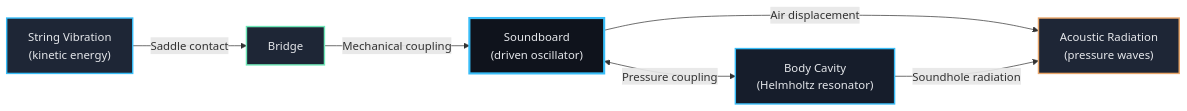
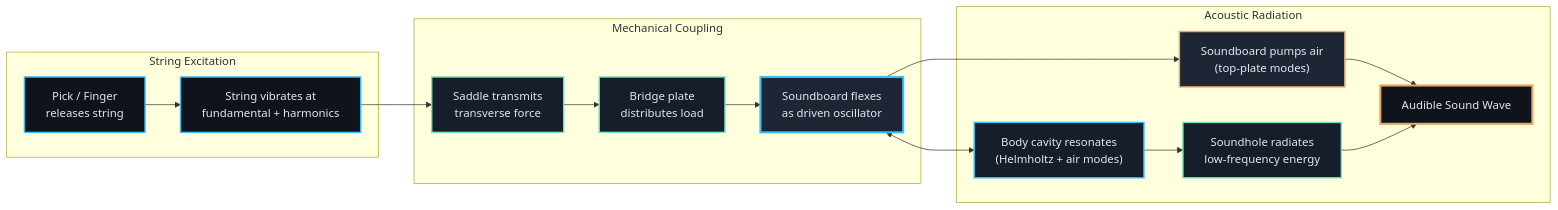
Before and after one commit to blebleblee/synapse: the first of 5 diagrams in topics/arts/music_performance/acoustic_guitar/lesson_01_guitar_anatomy.md, drawn with Mermaid. The commit also changed other lines of this file and 4 other files, not shown here.

````diff
--- a/topics/arts/music_performance/acoustic_guitar/lesson_01_guitar_anatomy.md
+++ b/topics/arts/music_performance/acoustic_guitar/lesson_01_guitar_anatomy.md
@@ -44,14 +30,35 @@
 ```mermaid
 graph LR
-    A["String Vibration<br/>(kinetic energy)"] -->|"Saddle contact"| B["Bridge"]
-    B -->|"Mechanical coupling"| C["Soundboard<br/>(driven oscillator)"]
-    C -->|"Air displacement"| D["Acoustic Radiation<br/>(pressure waves)"]
-    C <-->|"Pressure coupling"| E["Body Cavity<br/>(Helmholtz resonator)"]
-    E -->|"Soundhole radiation"| D
-    
-    style A fill:#1E2636,stroke:#38BDF8,stroke-width:2px,color:#E5E7EB
-    style B fill:#1E2636,stroke:#6EE7B7,stroke-width:2px,color:#E5E7EB
-    style C fill:#0F131C,stroke:#38BDF8,stroke-width:3px,color:#E5E7EB
-    style D fill:#1E2636,stroke:#E9A568,stroke-width:2px,color:#E5E7EB
-    style E fill:#161D2B,stroke:#38BDF8,stroke-width:2px,color:#E5E7EB
+    subgraph sub_excitation ["String Excitation"]
+        A["Pick / Finger<br/>releases string"]
+        B["String vibrates at<br/>fundamental + harmonics"]
+        A --> B
+    end
+
+    subgraph sub_coupling ["Mechanical Coupling"]
+        C["Saddle transmits<br/>transverse force"]
+        D["Bridge plate<br/>distributes load"]
+        E["Soundboard flexes<br/>as driven oscillator"]
+        B --> C --> D --> E
+    end
+
+    subgraph sub_radiation ["Acoustic Radiation"]
+        F["Soundboard pumps air<br/>(top-plate modes)"]
+        G["Body cavity resonates<br/>(Helmholtz + air modes)"]
+        H["Soundhole radiates<br/>low-frequency energy"]
+        I["Audible Sound Wave"]
+        E --> F --> I
+        E <--> G
+        G --> H --> I
+    end
+
+    style A fill:#0F131C,stroke:#38BDF8,stroke-width:2px,color:#E5E7EB
+    style B fill:#0F131C,stroke:#38BDF8,stroke-width:2px,color:#E5E7EB
+    style C fill:#161D2B,stroke:#6EE7B7,stroke-width:2px,color:#E5E7EB
+    style D fill:#161D2B,stroke:#6EE7B7,stroke-width:2px,color:#E5E7EB
+    style E fill:#1E2636,stroke:#38BDF8,stroke-width:3px,color:#E5E7EB
+    style F fill:#1E2636,stroke:#E9A568,stroke-width:2px,color:#E5E7EB
+    style G fill:#161D2B,stroke:#38BDF8,stroke-width:2px,color:#E5E7EB
+    style H fill:#161D2B,stroke:#6EE7B7,stroke-width:2px,color:#E5E7EB
+    style I fill:#0F131C,stroke:#E9A568,stroke-width:3px,color:#E5E7EB
 ```
````
